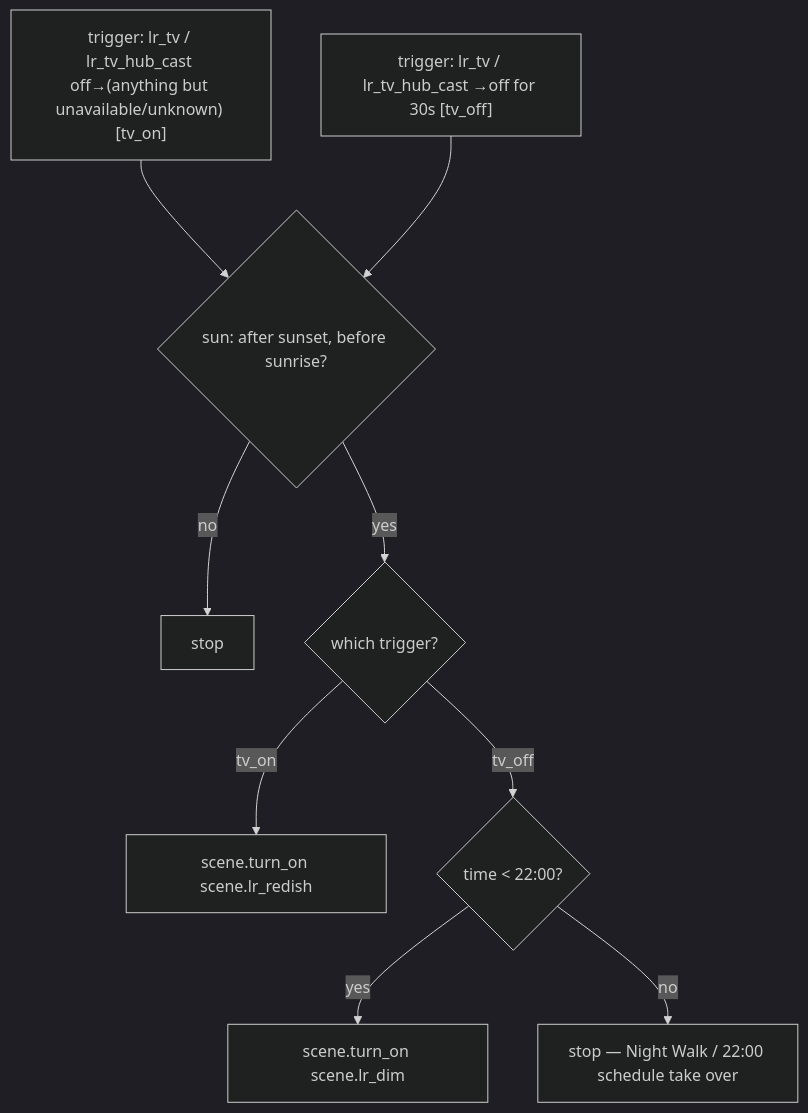
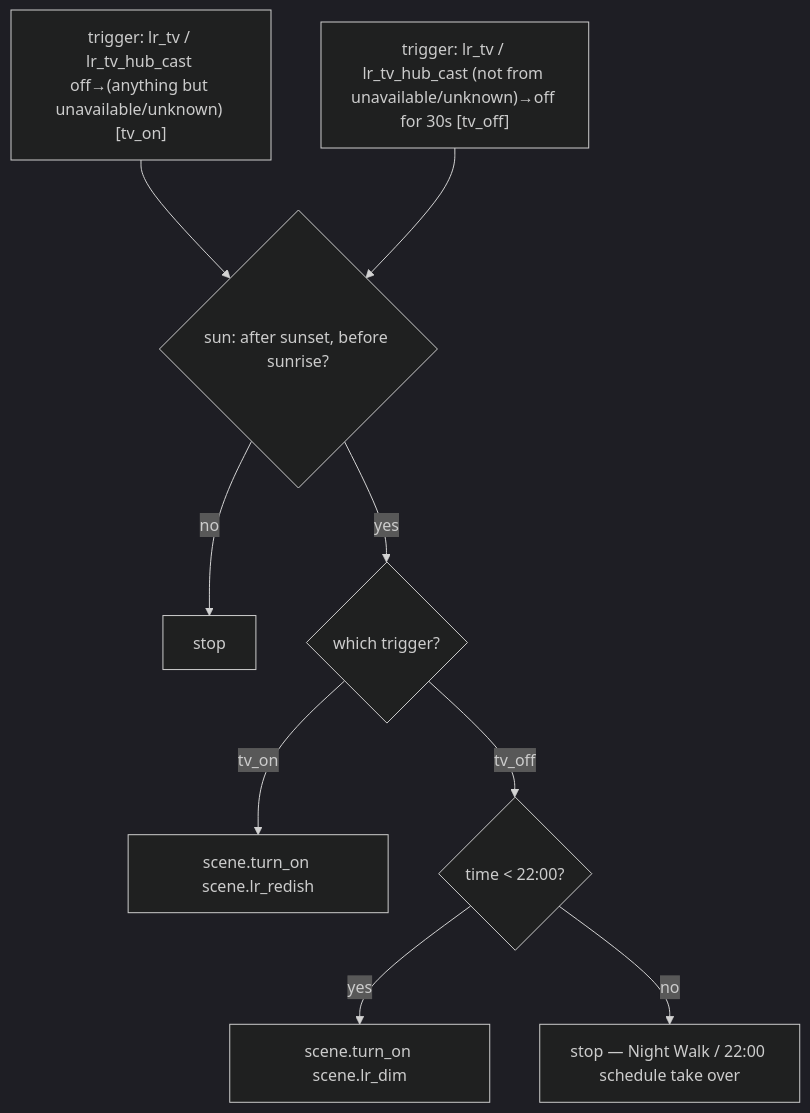
Before and after one commit to nerami/terminus-config: the second of 2 diagrams in docs/automations/living_room.md, drawn with Mermaid (dark theme). The commit also changed other lines of this file and 1 other file, not shown here.

First line of the commit message:
fix(living_room): guard tv_off trigger against unavailable/unknown origin

````diff
--- a/docs/automations/living_room.md
+++ b/docs/automations/living_room.md
@@ -49,14 +49,14 @@
 ```mermaid
 flowchart TD
     T1["trigger: lr_tv / lr_tv_hub_cast off→(anything but unavailable/unknown) [tv_on]"]
-    T2["trigger: lr_tv / lr_tv_hub_cast →off for 30s [tv_off]"]
+    T2["trigger: lr_tv / lr_tv_hub_cast (not from unavailable/unknown)→off for 30s [tv_off]"]
     T1 --> C
     T2 --> C
     C{"sun: after sunset, before sunrise?"}
     C -- no --> X["stop"]
     C -- yes --> W{"which trigger?"}
     W -- tv_on --> RED["scene.turn_on scene.lr_redish"]
     W -- tv_off --> C2{"time < 22:00?"}
     C2 -- yes --> DIM["scene.turn_on scene.lr_dim"]
     C2 -- no --> X2["stop — Night Walk / 22:00 schedule take over"]
 ```
````
